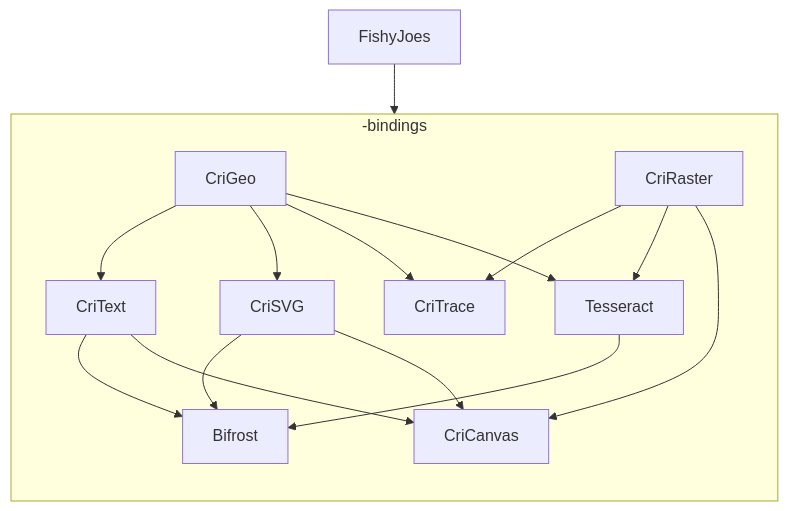
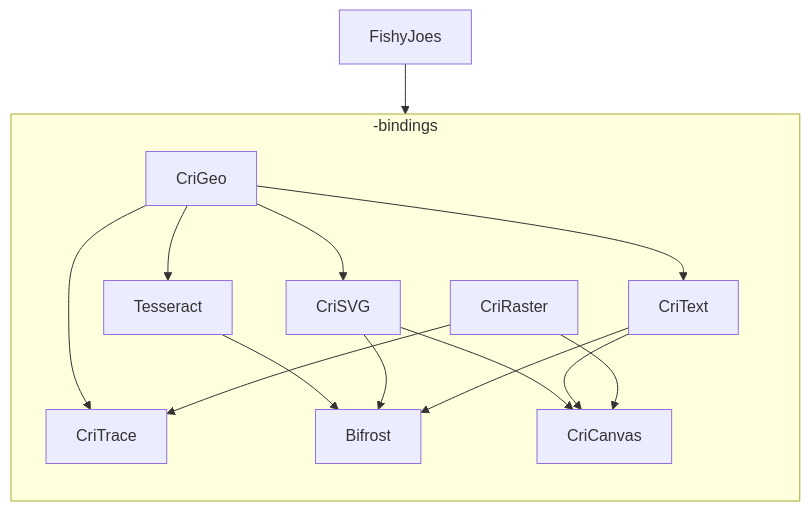
Before and after one commit to cricut/FishyJoes: the diagram in documentation/downstream-repo-dependencies.md, drawn with Mermaid.

Commit message:
Fix dependency arrow for CriGeo to Tesseract

````diff
--- a/documentation/downstream-repo-dependencies.md
+++ b/documentation/downstream-repo-dependencies.md
@@ -1,14 +1,14 @@
 ```mermaid
 graph TB;
 FishyJoes --> -bindings;
 subgraph -bindings;
 direction TB;
 CriGeo --> CriText;
 CriGeo --> CriSVG;
 CriGeo & CriRaster --> CriTrace;
-CriGeo & CriRaster  --> Tesseract;
+CriGeo  --> Tesseract;
 Tesseract & CriSVG & CriText --> Bifrost;
 CriSVG --> CriCanvas;
 CriText & CriRaster --> CriCanvas;
 end
 ```
````
